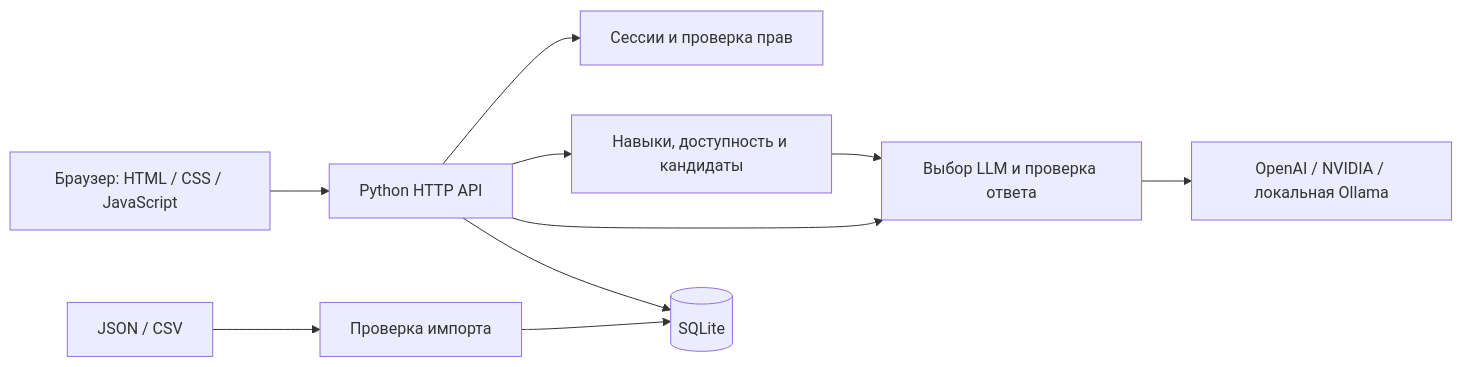
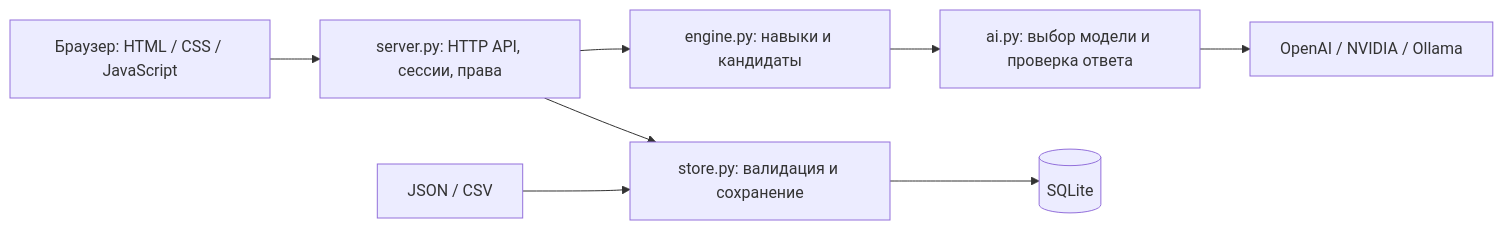
The diagram in README.md (BAITC-Hacks/hack-176032e6-ggbyte), drawn with Mermaid before and after one commit. The commit also changed other lines of this file, not shown here.

````diff
--- a/README.md
+++ b/README.md
@@ -79,12 +78,10 @@
 ```mermaid
 flowchart LR
-    UI[Браузер: HTML / CSS / JavaScript] --> API[Python HTTP API]
-    API --> AUTH[Сессии и проверка прав]
-    API --> ENGINE[Навыки, доступность и кандидаты]
-    API --> AI[Выбор LLM и проверка ответа]
-    ENGINE --> AI
-    AI --> PROVIDER[OpenAI / NVIDIA / локальная Ollama]
-    API --> DB[(SQLite)]
-    INPUT[JSON / CSV] --> VALIDATE[Проверка импорта]
-    VALIDATE --> DB
+    Browser["Браузер: HTML / CSS / JavaScript"] --> API["server.py: HTTP API, сессии, права"]
+    API --> Engine["engine.py: навыки и кандидаты"]
+    Engine --> AI["ai.py: выбор модели и проверка ответа"]
+    AI --> Provider["OpenAI / NVIDIA / Ollama"]
+    API --> Store["store.py: валидация и сохранение"]
+    Input["JSON / CSV"] --> Store
+    Store --> DB[(SQLite)]
 ```
````
